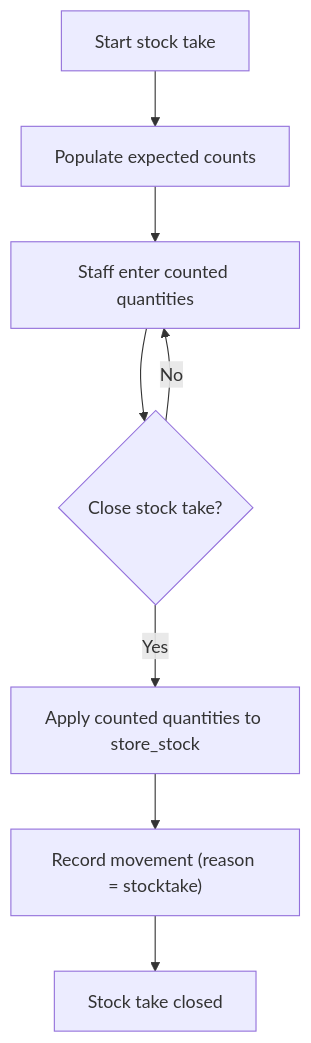
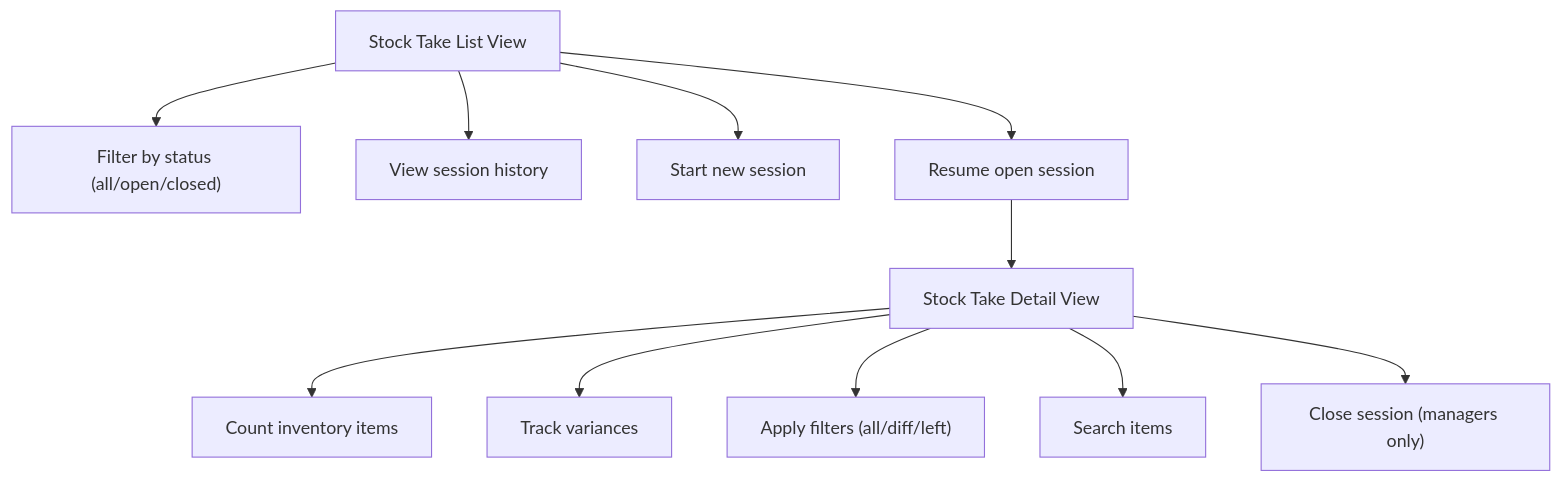
The seventh of 11 diagrams in .qoder/repowiki/en/content/Inventory Management/Stock Tracking & Inventory Levels.md (themclloyd/storq), drawn with Mermaid before and after one commit. The commit also changed other lines of this file and 27 other files, not shown here.

First line of the commit message:
feat(stocktake): restructure stock take workflow into two separate views

````diff
--- a/.qoder/repowiki/en/content/Inventory Management/Stock Tracking & Inventory Levels.md
+++ b/.qoder/repowiki/en/content/Inventory Management/Stock Tracking & Inventory Levels.md
@@ -257,10 +284,13 @@
 ```mermaid
 flowchart TD
-S["Start stock take"] --> E["Populate expected counts"]
-E --> C["Staff enter counted quantities"]
-C --> X{"Close stock take?"}
-X --> |Yes| A["Apply counted quantities to store_stock"]
-A --> R["Record movement (reason = stocktake)"]
-R --> Done["Stock take closed"]
-X --> |No| C
+A["Stock Take List View"] --> B["Filter by status (all/open/closed)"]
+A --> C["View session history"]
+A --> D["Start new session"]
+A --> E["Resume open session"]
+E --> F["Stock Take Detail View"]
+F --> G["Count inventory items"]
+F --> H["Track variances"]
+F --> I["Apply filters (all/diff/left)"]
+F --> J["Search items"]
+F --> K["Close session (managers only)"]
 ```
````
